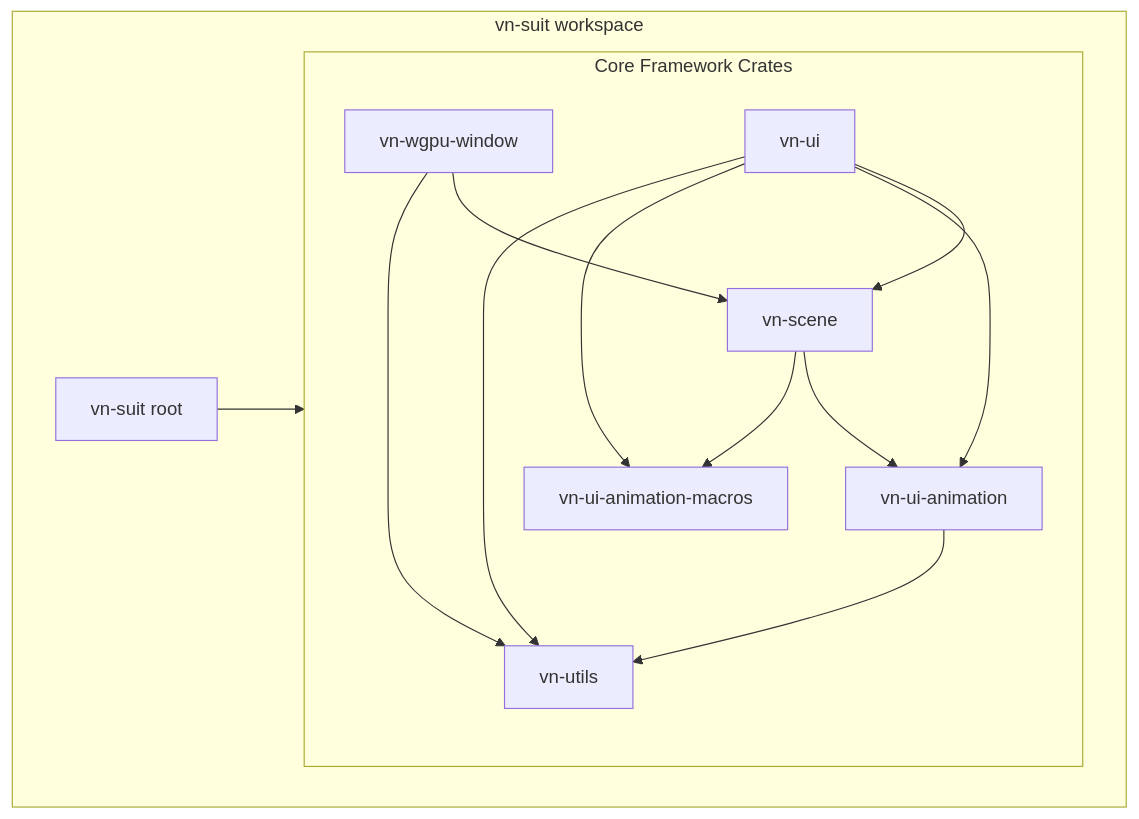
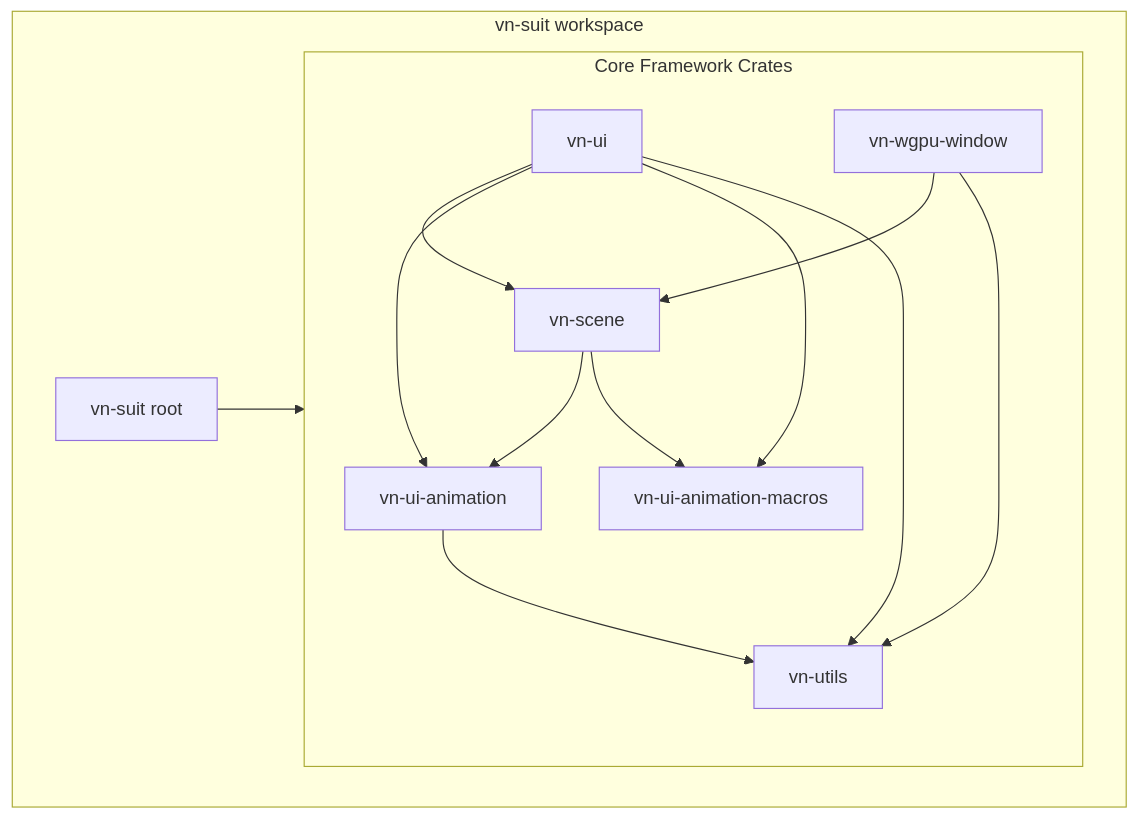
The first of 2 diagrams in readme.asciidoc (VoidedName/mono-repo), drawn with Mermaid before and after one commit. The commit also changed other lines of this file and 7 other files, not shown here.

Commit message:
+ let the llm cross link the files and it only broke two diagrams. did not check all links

```diff
--- a/readme.asciidoc
+++ b/readme.asciidoc
@@ -22,31 +22,31 @@
 [mermaid]
 ----
 graph TD
     subgraph RootWorkspace [vn-suit workspace]
         Root[vn-suit root]
         
         subgraph Core [Core Framework Crates]
-            vn-wgpu-window[vn-wgpu-window]
-            vn-scene[vn-scene]
-            vn-ui[vn-ui]
-            vn-ui-animation[vn-ui-animation]
-            vn-ui-animation-macros[vn-ui-animation-macros]
-            vn-utils[vn-utils]
+            vn-ui
+            vn-scene
+            vn-ui-animation
+            vn-ui-animation-macros
+            vn-utils
+            vn-wgpu-window
 
             vn-ui --> vn-scene
             vn-ui --> vn-ui-animation
             vn-ui --> vn-ui-animation-macros
             vn-ui --> vn-utils
 
             vn-wgpu-window --> vn-scene
             vn-wgpu-window --> vn-utils
 
             vn-scene --> vn-ui-animation
             vn-scene --> vn-ui-animation-macros
 
             vn-ui-animation --> vn-utils
         end
     end
     
     Root --> Core
 ----
```
